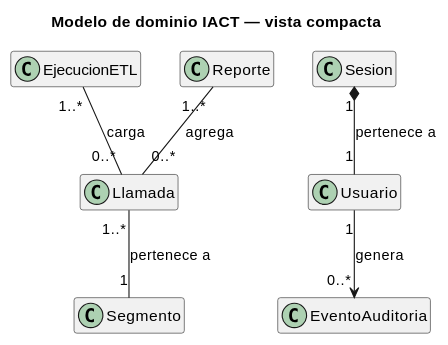
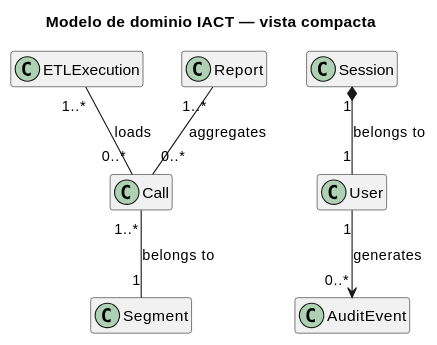
The diagram in source/requisitos/_metodologia-aplicacion/analisis-dominio/ejemplo-iact-diagrama-limpio-sin-compartimentos.rst (jcg-admin/IACT-docs), drawn with PlantUML before and after one commit. The commit also changed 21 other files, not shown here.

```diff
--- a/source/requisitos/_metodologia-aplicacion/analisis-dominio/ejemplo-iact-diagrama-limpio-sin-compartimentos.rst
+++ b/source/requisitos/_metodologia-aplicacion/analisis-dominio/ejemplo-iact-diagrama-limpio-sin-compartimentos.rst
@@ -6,21 +6,21 @@
 .. uml::
 
    @startuml
    title Modelo de dominio IACT — vista compacta
 
    hide empty members
 
-   class Llamada
-   class Segmento
-   class EjecucionETL
-   class Reporte
-   class Usuario
-   class Sesion
-   class EventoAuditoria
+   class Call
+   class Segment
+   class ETLExecution
+   class Report
+   class User
+   class Session
+   class AuditEvent
 
-   Llamada "1..*" -- "1" Segmento : pertenece a
-   EjecucionETL "1..*" -- "0..*" Llamada : carga
-   Reporte "1..*" -- "0..*" Llamada : agrega
-   Sesion "1" *-- "1" Usuario : pertenece a
-   Usuario "1" --> "0..*" EventoAuditoria : genera
+   Call "1..*" -- "1" Segment : belongs to
+   ETLExecution "1..*" -- "0..*" Call : loads
+   Report "1..*" -- "0..*" Call : aggregates
+   Session "1" *-- "1" User : belongs to
+   User "1" --> "0..*" AuditEvent : generates
    @enduml
```
